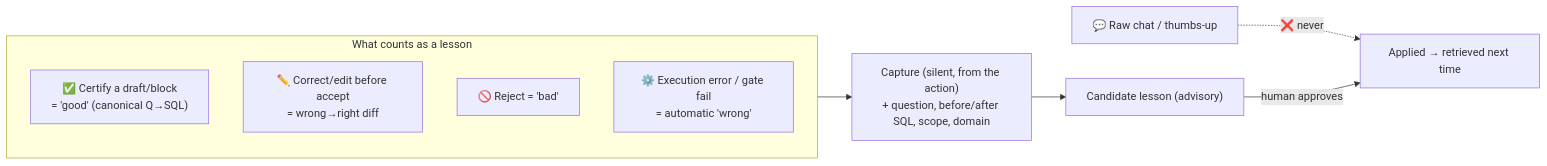
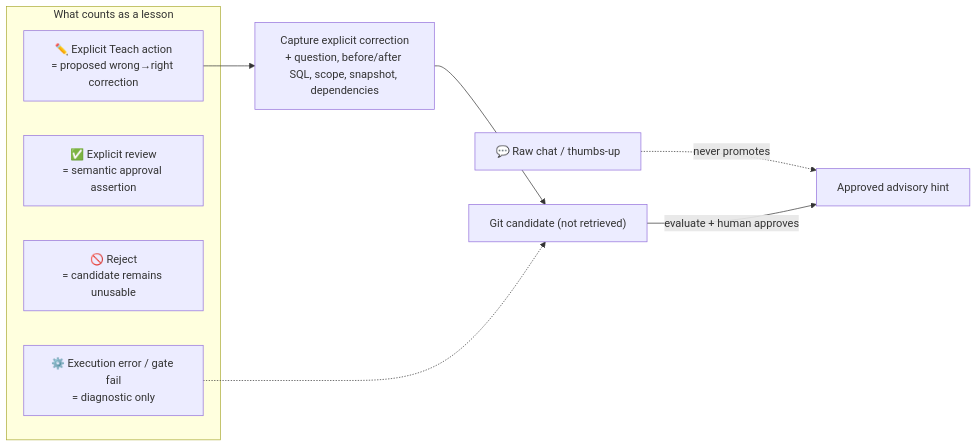
Before and after one commit to duckcode-ai/dql: the first of 5 diagrams in docs/architecture/agentic-loop/07-memory-and-learning.md, drawn with Mermaid. The commit also changed other lines of this file and 17 other files, not shown here.

````diff
--- a/docs/architecture/agentic-loop/07-memory-and-learning.md
+++ b/docs/architecture/agentic-loop/07-memory-and-learning.md
@@ -13,13 +13,14 @@
 ```mermaid
 flowchart LR
     subgraph Signals["What counts as a lesson"]
-        A["✅ Certify a draft/block<br/>= 'good' (canonical Q→SQL)"]
-        B["✏️ Correct/edit before accept<br/>= wrong→right diff"]
-        C["🚫 Reject = 'bad'"]
-        D["⚙️ Execution error / gate fail<br/>= automatic 'wrong'"]
+        A["✏️ Explicit Teach action<br/>= proposed wrong→right correction"]
+        B["✅ Explicit review<br/>= semantic approval assertion"]
+        C["🚫 Reject<br/>= candidate remains unusable"]
+        D["⚙️ Execution error / gate fail<br/>= diagnostic only"]
     end
-    E["💬 Raw chat / thumbs-up"] -.->|"❌ never"| L
-    Signals --> CAP["Capture (silent, from the action)<br/>+ question, before/after SQL, scope, domain"]
-    CAP --> CAND["Candidate lesson (advisory)"]
-    CAND -->|"human approves"| L["Applied → retrieved next time"]
+    E["💬 Raw chat / thumbs-up"] -.->|"never promotes"| L
+    A --> CAP["Capture explicit correction<br/>+ question, before/after SQL, scope, snapshot, dependencies"]
+    CAP --> CAND["Git candidate (not retrieved)"]
+    CAND -->|"evaluate + human approves"| L["Approved advisory hint"]
+    D -.-> CAND
 ```
````
